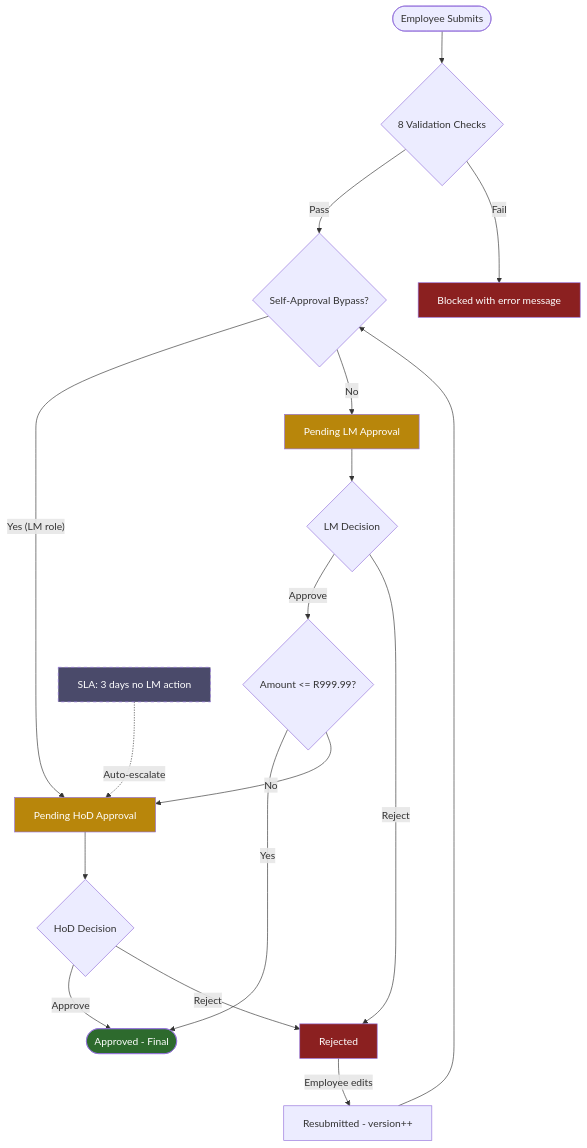
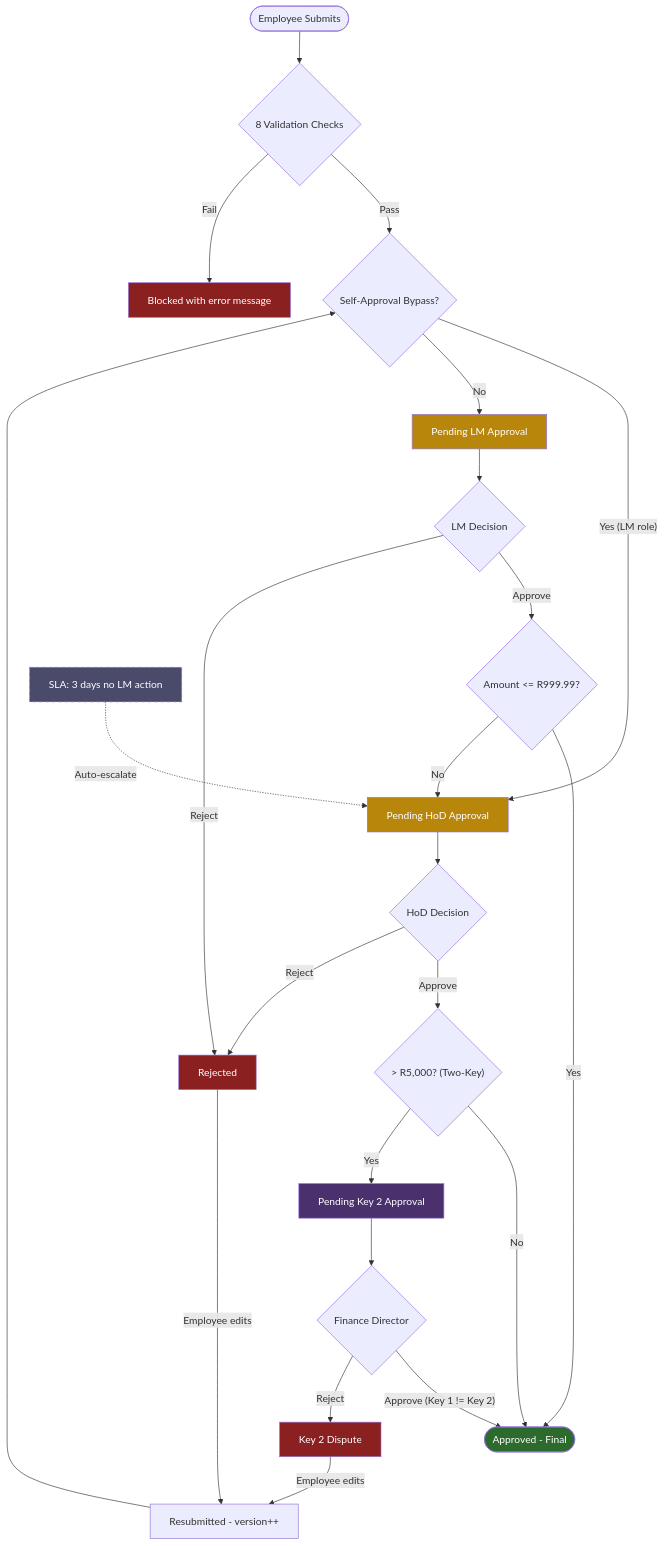
One commit to HolgerRGevers/expense_reimbursement_manager changed the third of 3 diagrams in README.md. Above: the diagram before and after it, drawn with Mermaid. The commit also changed other lines of this file and 1 other file, not shown here.

First line of the commit message:
docs: rethink README for v0.7.0 — reflect Two-Key, ESG, ForgeDS, Custom API

````diff
--- a/README.md
+++ b/README.md
@@ -507,31 +549,41 @@
 ```mermaid
 flowchart TD
     A([Employee Submits]) --> B{8 Validation Checks}
     B -->|Pass| C{Self-Approval Bypass?}
     B -->|Fail| X[Blocked with error message]
     C -->|"Yes (LM role)"| D[Pending HoD Approval]
     C -->|No| E[Pending LM Approval]
 
     E --> F{LM Decision}
     F -->|Approve| G{"Amount <= R999.99?"}
     F -->|Reject| H[Rejected]
 
     G -->|Yes| I([Approved - Final])
     G -->|No| D
 
     D --> J{HoD Decision}
-    J -->|Approve| I
+    J -->|Approve| K{"> R5,000? (Two-Key)"}
     J -->|Reject| H
 
-    H -->|Employee edits| K[Resubmitted - version++]
-    K --> C
+    K -->|No| I
+    K -->|Yes| M[Pending Key 2 Approval]
+
+    M --> N{Finance Director}
+    N -->|"Approve (Key 1 != Key 2)"| I
+    N -->|Reject| O[Key 2 Dispute]
+
+    H -->|Employee edits| P[Resubmitted - version++]
+    O -->|Employee edits| P
+    P --> C
 
     L[SLA: 3 days no LM action] -.->|Auto-escalate| D
 
     style I fill:#2d6a2d,color:#fff
     style H fill:#8b2020,color:#fff
+    style O fill:#8b2020,color:#fff
     style X fill:#8b2020,color:#fff
     style D fill:#b8860b,color:#fff
     style E fill:#b8860b,color:#fff
+    style M fill:#4a306d,color:#fff
     style L fill:#4a4a6a,color:#fff,stroke-dasharray: 5 5
 ```
````
